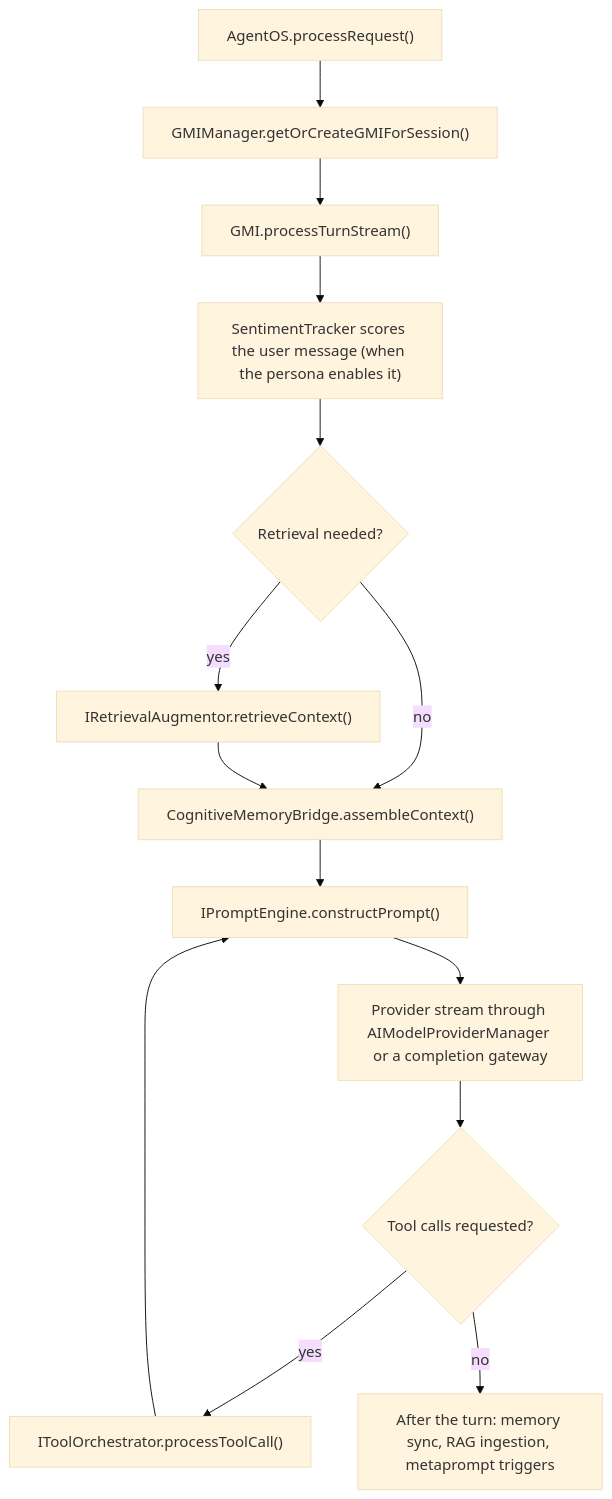
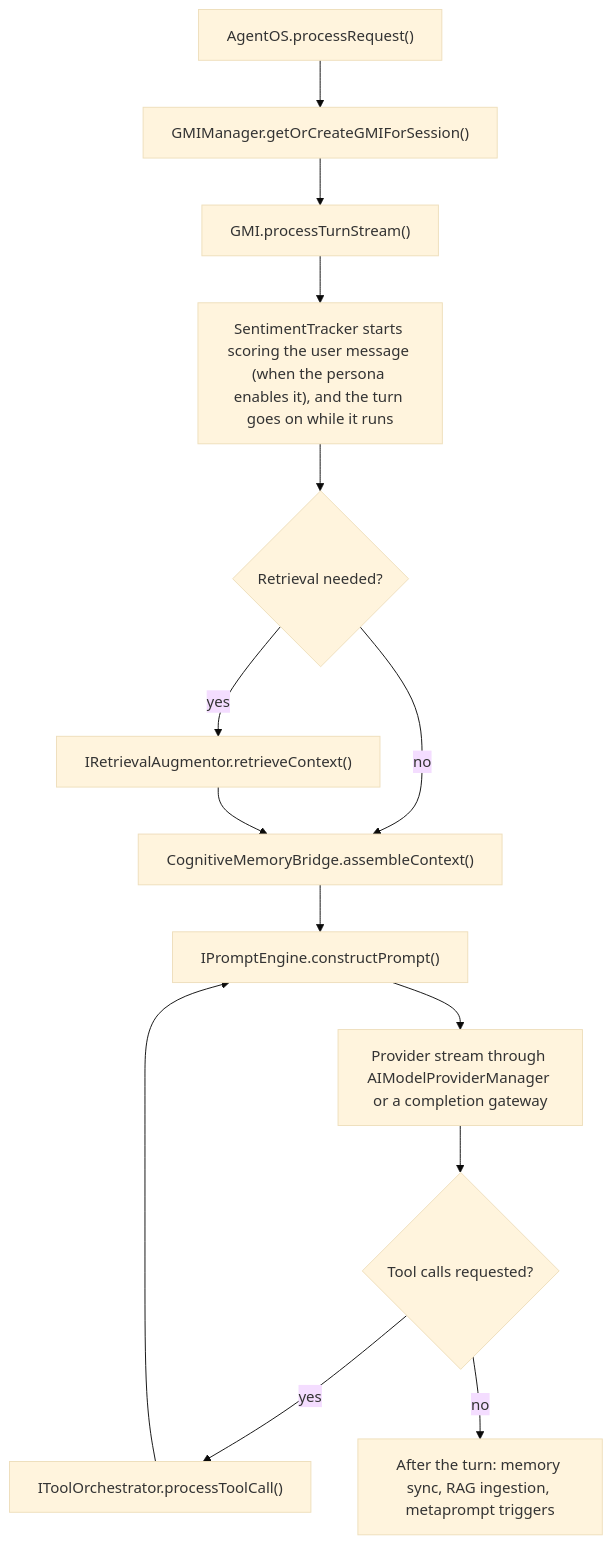
The diagram in docs/GMI.md (framerslab/agentos), drawn with Mermaid (base theme) before and after one commit. The commit also changed other lines of this file and 14 other files, not shown here.

````diff
--- a/docs/GMI.md
+++ b/docs/GMI.md
@@ -165,16 +165,16 @@
 ```mermaid
 flowchart TD
     REQ["AgentOS.processRequest()"] --> MGR["GMIManager.getOrCreateGMIForSession()"]
     MGR --> TURN["GMI.processTurnStream()"]
-    TURN --> SENT["SentimentTracker scores the user message (when the persona enables it)"]
+    TURN --> SENT["SentimentTracker starts scoring the user message (when the persona enables it), and the turn goes on while it runs"]
     SENT --> RAG{"Retrieval needed?"}
     RAG -- yes --> RET["IRetrievalAugmentor.retrieveContext()"]
     RAG -- no --> MEM
     RET --> MEM["CognitiveMemoryBridge.assembleContext()"]
     MEM --> PROMPT["IPromptEngine.constructPrompt()"]
     PROMPT --> MODEL["Provider stream through AIModelProviderManager or a completion gateway"]
     MODEL --> TOOLS{"Tool calls requested?"}
     TOOLS -- yes --> RUN["IToolOrchestrator.processToolCall()"]
     RUN --> PROMPT
     TOOLS -- no --> AFTER["After the turn: memory sync, RAG ingestion, metaprompt triggers"]
 ```
````
